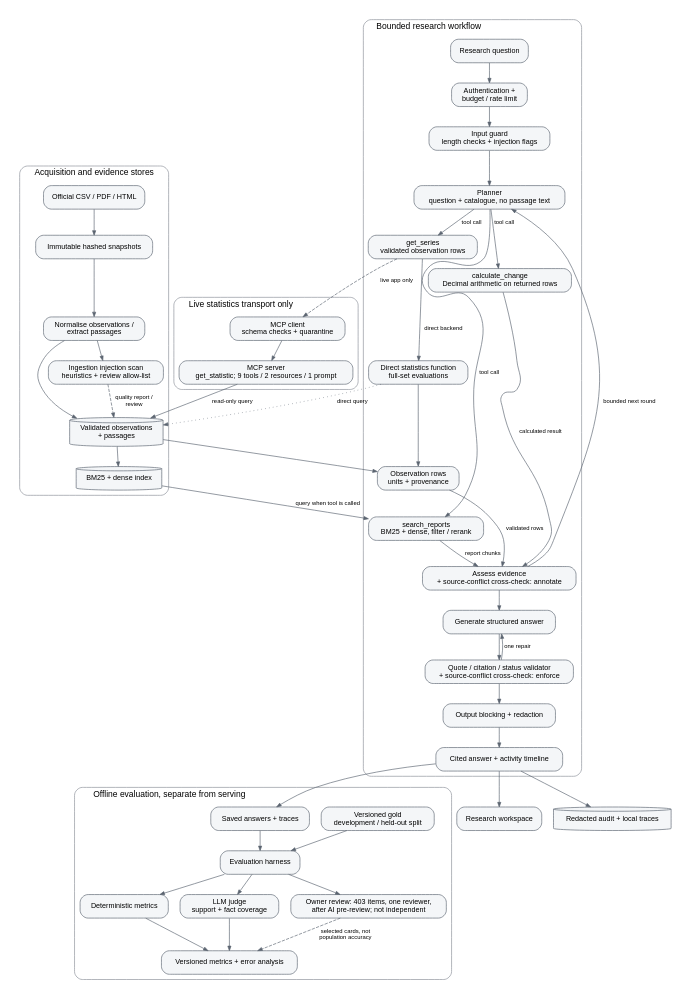
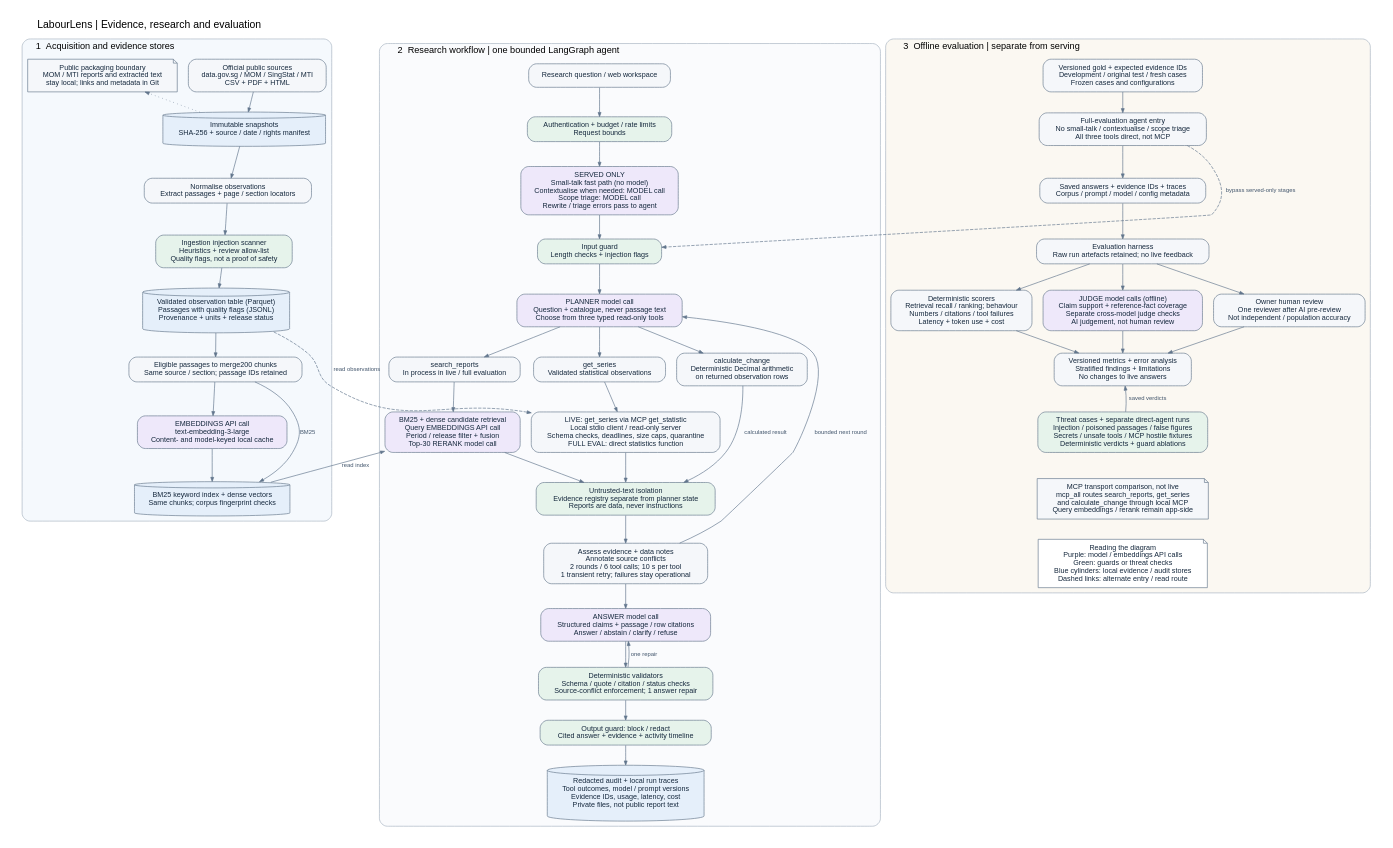
One commit to mihirkhandekar/labourlens changed the diagram in docs/img/architecture.dot. Above: the diagram before and after it, drawn with Graphviz. The commit also changed 67 other files, not shown here.

Commit message:
Deck: evidence stores and question-set slides; /innovation page; plain README and SUBMISSION with diagrams; notebooks, checklist, local-only docs (D-067, D-068)

```diff
--- a/docs/img/architecture.dot
+++ b/docs/img/architecture.dot
@@ -1,74 +1,86 @@
-// Source of docs/img/architecture.svg. Same content as the Mermaid diagram in docs/architecture.md section 2.
+// Source of architecture.svg and architecture.png; complements the Mermaid overview in docs/architecture.md.
 // Render: dot -Tsvg docs/img/architecture.dot -o docs/img/architecture.svg
-digraph labourlens {
-  rankdir=TB; compound=true; newrank=true; nodesep=0.25; ranksep=0.4;
-  graph [fontname="Helvetica", fontsize=13, labeljust=l, style="rounded", color="#8a8f98", bgcolor="white", pad=0.2];
-  node  [fontname="Helvetica", fontsize=11, shape=box, style="rounded,filled", fillcolor="#f4f6f8", color="#5b6470"];
-  edge  [fontname="Helvetica", fontsize=9, color="#5b6470", arrowsize=0.7];
+// Rasterise: rsvg-convert docs/img/architecture.svg -o docs/img/architecture.png
+ digraph labourlens {
+  rankdir=TB; compound=true; newrank=true; nodesep=0.24; ranksep=0.42;
+  graph [fontname="Helvetica", fontsize=16, label="LabourLens | Evidence, research and evaluation", labelloc=t,
+         labeljust=l, style="rounded", color="#a7b3c1", bgcolor="white", pad=0.25];
+  node [fontname="Helvetica", fontsize=11, shape=box, style="rounded,filled", margin="0.13,0.10",
+        fillcolor="#f5f7fa", color="#66788c", fontcolor="#15283d"];
+  edge [fontname="Helvetica", fontsize=9, color="#61758c", fontcolor="#40546b", arrowsize=0.65];
 
-  subgraph cluster_data { label="Acquisition and evidence stores";
-    SOURCE [label="Official CSV / PDF / HTML"];
-    SNAP   [label="Immutable hashed snapshots"];
-    PARSE  [label="Normalise observations /\nextract passages"];
-    SCAN   [label="Ingestion injection scan\nheuristics + review allow-list"];
-    STORE  [label="Validated observations\n+ passages", shape=cylinder];
-    INDEX  [label="BM25 + dense index", shape=cylinder];
-    SOURCE -> SNAP -> PARSE; PARSE -> SCAN; PARSE -> STORE -> INDEX;
-    SCAN -> STORE [style=dashed, label="quality report /\nreview"];
+  subgraph cluster_data {
+    label="1  Acquisition and evidence stores"; fontsize=14; bgcolor="#f5f9fd";
+    SOURCE [label="Official public sources\ndata.gov.sg / MOM / SingStat / MTI\nCSV + PDF + HTML"];
+    SNAP [label="Immutable snapshots\nSHA-256 + source / date / rights manifest", shape=cylinder, fillcolor="#e5effa"];
+    PARSE [label="Normalise observations\nExtract passages + page / section locators"];
+    SCAN [label="Ingestion injection scanner\nHeuristics + review allow-list\nQuality flags, not a proof of safety", fillcolor="#e6f3eb"];
+    STORE [label="Validated observation table (Parquet)\nPassages with quality flags (JSONL)\nProvenance + units + release status", shape=cylinder, fillcolor="#e5effa"];
+    CHUNK [label="Eligible passages to merge200 chunks\nSame source / section; passage IDs retained"];
+    EMBED [label="EMBEDDINGS API call\ntext-embedding-3-large\nContent- and model-keyed local cache", fillcolor="#eee8fa"];
+    INDEX [label="BM25 keyword index + dense vectors\nSame chunks; corpus fingerprint checks", shape=cylinder, fillcolor="#e5effa"];
+    RIGHTS [label="Public packaging boundary\nMOM / MTI reports and extracted text\nstay local; links and metadata in Git", shape=note];
+    SOURCE -> SNAP -> PARSE -> SCAN -> STORE -> CHUNK;
+    CHUNK -> EMBED -> INDEX;
+    CHUNK -> INDEX [label="BM25", constraint=false];
+    SNAP -> RIGHTS [style=dotted, constraint=false];
   }
-  subgraph cluster_runtime { label="Bounded research workflow";
-    USER   [label="Research question"];
-    ADMIT  [label="Authentication +\nbudget / rate limit"];
-    INPUT  [label="Input guard\nlength checks + injection flags"];
-    PLAN   [label="Planner\nquestion + catalogue, no passage text"];
-    SEARCH [label="search_reports\nBM25 + dense, filter / rerank"];
-    SERIES [label="get_series\nvalidated observation rows"];
-    CALC   [label="calculate_change\nDecimal arithmetic on returned rows"];
-    DIRECT [label="Direct statistics function\nfull-set evaluations"];
-    OBS    [label="Observation rows\nunits + provenance"];
-    ASSESS [label="Assess evidence\n+ source-conflict cross-check: annotate"];
-    ANSWER [label="Generate structured answer"];
-    VALID  [label="Quote / citation / status validator\n+ source-conflict cross-check: enforce"];
-    REDACT [label="Output blocking + redaction"];
-    OUT    [label="Cited answer + activity timeline"];
-    USER -> ADMIT -> INPUT -> PLAN;
-    PLAN -> SEARCH [label="tool call"];
-    PLAN -> SERIES [label="tool call"];
-    PLAN -> CALC [label="tool call"];
-    SEARCH -> ASSESS [label="report chunks"];
-    OBS -> ASSESS [label="validated rows"];
-    SERIES -> DIRECT [label="direct backend"];
-    DIRECT -> OBS;
-    CALC -> ASSESS [label="calculated result"];
-    ASSESS -> ANSWER;
+
+  subgraph cluster_runtime {
+    label="2  Research workflow | one bounded LangGraph agent"; fontsize=14; bgcolor="#fafbfd";
+    USER [label="Research question / web workspace"];
+    ADMIT [label="Authentication + budget / rate limits\nRequest bounds", fillcolor="#e6f3eb"];
+    WEBONLY [label="SERVED ONLY\nSmall-talk fast path (no model)\nContextualise when needed: MODEL call\nScope triage: MODEL call\nRewrite / triage errors pass to agent", fillcolor="#eee8fa"];
+    INPUT [label="Input guard\nLength checks + injection flags", fillcolor="#e6f3eb"];
+    PLAN [label="PLANNER model call\nQuestion + catalogue, never passage text\nChoose from three typed read-only tools", fillcolor="#eee8fa"];
+    SEARCH [label="search_reports\nIn process in live / full evaluation"];
+    SERIES [label="get_series\nValidated statistical observations"];
+    CALC [label="calculate_change\nDeterministic Decimal arithmetic\non returned observation rows"];
+    RETR [label="BM25 + dense candidate retrieval\nQuery EMBEDDINGS API call\nPeriod / release filter + fusion\nTop-30 RERANK model call", fillcolor="#eee8fa"];
+    MCP [label="LIVE: get_series via MCP get_statistic\nLocal stdio client / read-only server\nSchema checks, deadlines, size caps, quarantine\nFULL EVAL: direct statistics function"];
+    ISOLATE [label="Untrusted-text isolation\nEvidence registry separate from planner state\nReports are data, never instructions", fillcolor="#e6f3eb"];
+    ASSESS [label="Assess evidence + data notes\nAnnotate source conflicts\n2 rounds / 6 tool calls; 10 s per tool\n1 transient retry; failures stay operational"];
+    ANSWER [label="ANSWER model call\nStructured claims + passage / row citations\nAnswer / abstain / clarify / refuse", fillcolor="#eee8fa"];
+    VALID [label="Deterministic validators\nSchema / quote / citation / status checks\nSource-conflict enforcement; 1 answer repair", fillcolor="#e6f3eb"];
+    OUT [label="Output guard: block / redact\nCited answer + evidence + activity timeline", fillcolor="#e6f3eb"];
+    AUDIT [label="Redacted audit + local run traces\nTool outcomes, model / prompt versions\nEvidence IDs, usage, latency, cost\nPrivate files, not public report text", shape=cylinder, fillcolor="#e5effa"];
+    USER -> ADMIT -> WEBONLY -> INPUT -> PLAN;
+    PLAN -> SEARCH; PLAN -> SERIES; PLAN -> CALC;
+    {rank=same; SEARCH; SERIES; CALC;}
+    SEARCH -> RETR -> ISOLATE;
+    SERIES -> MCP -> ISOLATE;
+    CALC -> ISOLATE [label="calculated result"];
+    ISOLATE -> ASSESS -> ANSWER -> VALID -> OUT -> AUDIT;
     ASSESS -> PLAN [label="bounded next round", constraint=false];
-    VALID  -> ANSWER [label="one repair", constraint=false];
-    ANSWER -> VALID -> REDACT -> OUT;
+    VALID -> ANSWER [label="one repair", constraint=false];
   }
-  subgraph cluster_mcp { label="Live statistics transport only";
-    CLIENT [label="MCP client\nschema checks + quarantine"];
-    SERVER [label="MCP server\nget_statistic; 9 tools / 2 resources / 1 prompt"];
-    CLIENT -> SERVER;
+
+  subgraph cluster_eval {
+    label="3  Offline evaluation | separate from serving"; fontsize=14; bgcolor="#fbf8f2";
+    GOLD [label="Versioned gold + expected evidence IDs\nDevelopment / original test / fresh cases\nFrozen cases and configurations"];
+    ENTRY [label="Full-evaluation agent entry\nNo small-talk / contextualise / scope triage\nAll three tools direct, not MCP"];
+    RUNS [label="Saved answers + evidence IDs + traces\nCorpus / prompt / model / config metadata"];
+    HARNESS [label="Evaluation harness\nRaw run artefacts retained; no live feedback"];
+    SCORERS [label="Deterministic scorers\nRetrieval recall / ranking; behaviour\nNumbers / citations / tool failures\nLatency + token use + cost"];
+    JUDGE [label="JUDGE model calls (offline)\nClaim support + reference-fact coverage\nSeparate cross-model judge checks\nAI judgement, not human review", fillcolor="#eee8fa"];
+    HUMAN [label="Owner human review\nOne reviewer after AI pre-review\nNot independent / population accuracy"];
+    THREAT [label="Threat cases + separate direct-agent runs\nInjection / poisoned passages / false figures\nSecrets / unsafe tools / MCP hostile fixtures\nDeterministic verdicts + guard ablations", fillcolor="#e6f3eb"];
+    REPORT [label="Versioned metrics + error analysis\nStratified findings + limitations\nNo changes to live answers"];
+    TRANSPORT [label="MCP transport comparison, not live\nmcp_all routes search_reports, get_series\nand calculate_change through local MCP\nQuery embeddings / rerank remain app-side", shape=note];
+    LEGEND [label="Reading the diagram\nPurple: model / embeddings API calls\nGreen: guards or threat checks\nBlue cylinders: local evidence / audit stores\nDashed links: alternate entry / read route", shape=note, fillcolor="white"];
+    GOLD -> ENTRY -> RUNS -> HARNESS;
+    HARNESS -> SCORERS -> REPORT;
+    HARNESS -> JUDGE -> REPORT;
+    HARNESS -> HUMAN -> REPORT;
+    {rank=same; SCORERS; JUDGE; HUMAN;}
+    THREAT -> REPORT [label="saved verdicts", constraint=false];
+    REPORT -> THREAT [style=invis];
+    THREAT -> TRANSPORT [style=invis];
+    TRANSPORT -> LEGEND [style=invis];
   }
-  SERIES -> CLIENT [style=dashed, label="live app only"];
-  SERVER -> STORE [label="read-only query"];
-  DIRECT -> STORE [style=dotted, label="direct query"];
-  STORE -> OBS;
 
-  subgraph cluster_eval { label="Offline evaluation, separate from serving";
-    GOLD    [label="Versioned gold\ndevelopment / held-out split"];
-    RUNS    [label="Saved answers + traces"];
-    HARNESS [label="Evaluation harness"];
-    DETER   [label="Deterministic metrics"];
-    JUDGE   [label="LLM judge\nsupport + fact coverage"];
-    HUMAN   [label="Owner review: 403 items, one reviewer,\nafter AI pre-review; not independent"];
-    REPORT  [label="Versioned metrics + error analysis"];
-    GOLD -> HARNESS; RUNS -> HARNESS; HARNESS -> DETER -> REPORT; HARNESS -> JUDGE -> REPORT;
-    HARNESS -> HUMAN; HUMAN -> REPORT [style=dashed, label="selected cards, not\npopulation accuracy"];
-  }
-  WEB   [label="Research workspace"];
-  AUDIT [label="Redacted audit + local traces", shape=cylinder];
-
-  INDEX -> SEARCH [label="query when tool is called"];
-  OUT -> RUNS; OUT -> WEB; OUT -> AUDIT;
-}
+  {rank=same; SOURCE; USER; GOLD;}
+  INDEX -> RETR [label="read index", constraint=false];
+  STORE -> MCP [label="read observations", style=dashed, constraint=false];
+  ENTRY -> INPUT [label="bypass served-only stages", style=dashed, constraint=false];
+ }
```
